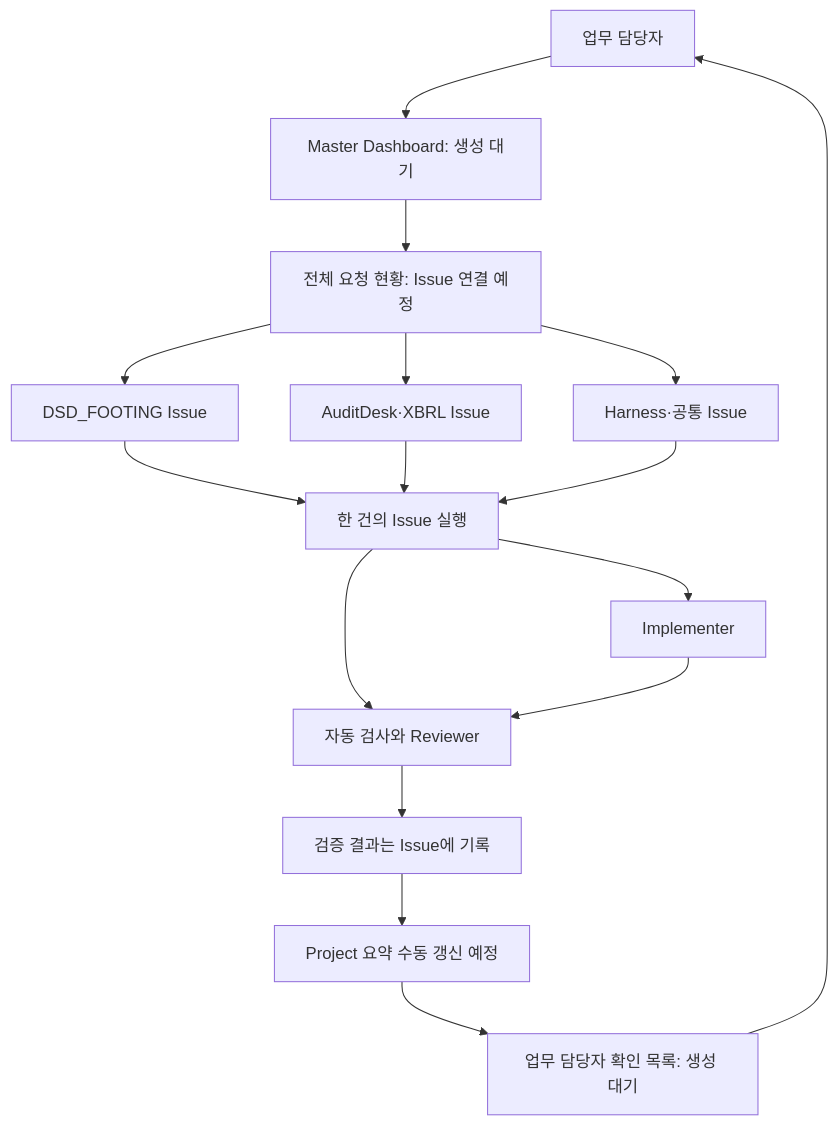
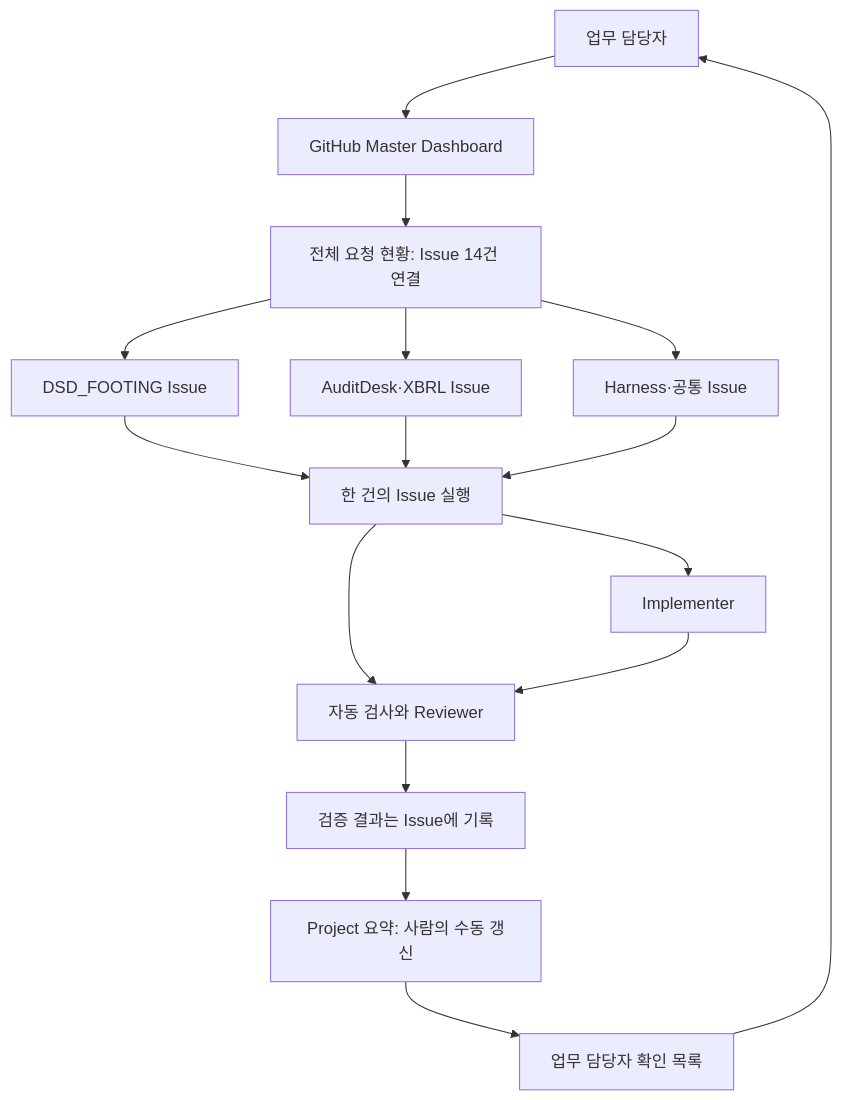
Before and after one commit to yungGom/Auditing_Package: the second of 2 diagrams in docs/harness/ARCHITECTURE.md, drawn with Mermaid. The commit also changed other lines of this file and 5 other files, not shown here.

Commit message:
docs(harness): document live master dashboard and owner inbox

````diff
--- a/docs/harness/ARCHITECTURE.md
+++ b/docs/harness/ARCHITECTURE.md
@@ -100,18 +101,18 @@
 ```mermaid
 flowchart TD
-    O["업무 담당자"] --> M["Master Dashboard: 생성 대기"]
-    M --> R["전체 요청 현황: Issue 연결 예정"]
+    O["업무 담당자"] --> M["GitHub Master Dashboard"]
+    M --> R["전체 요청 현황: Issue 14건 연결"]
     R --> I1["DSD_FOOTING Issue"]
     R --> I2["AuditDesk·XBRL Issue"]
     R --> I3["Harness·공통 Issue"]
     I1 --> W["한 건의 Issue 실행"]
     I2 --> W
     I3 --> W
     W --> E["Implementer"]
     W --> V["자동 검사와 Reviewer"]
     E --> V
     V --> P["검증 결과는 Issue에 기록"]
-    P --> U["Project 요약 수동 갱신 예정"]
-    U --> B["업무 담당자 확인 목록: 생성 대기"]
+    P --> U["Project 요약: 사람의 수동 갱신"]
+    U --> B["업무 담당자 확인 목록"]
     B --> O
 ```
````
